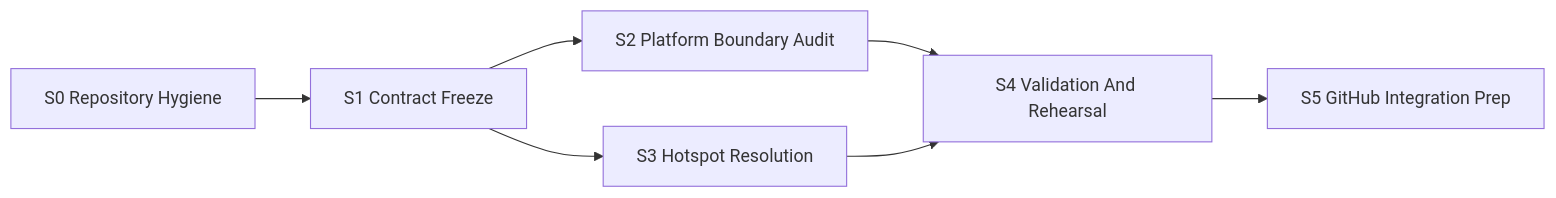
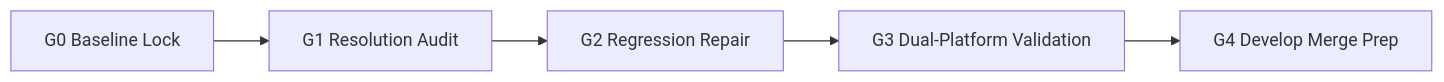
One commit to HiderWild/exv-ecnuvpn changed the diagram in docs/superpowers/plans/2026-05-21-platform-convergence-next-stage.md. Above: the diagram before and after it, drawn with Mermaid. The commit also changed other lines of this file and 5 other files, not shown here.

First line of the commit message:
audit: record G1 resolution audit findings and G0 baseline lock

````diff
--- a/docs/superpowers/plans/2026-05-21-platform-convergence-next-stage.md
+++ b/docs/superpowers/plans/2026-05-21-platform-convergence-next-stage.md
@@ -51,9 +52,7 @@
 ```mermaid
 flowchart LR
-  S0["S0 Repository Hygiene"] --> S1["S1 Contract Freeze"]
-  S1 --> S2["S2 Platform Boundary Audit"]
-  S1 --> S3["S3 Hotspot Resolution"]
-  S2 --> S4["S4 Validation And Rehearsal"]
-  S3 --> S4
-  S4 --> S5["S5 GitHub Integration Prep"]
+  G0["G0 Baseline Lock"] --> G1["G1 Resolution Audit"]
+  G1 --> G2["G2 Regression Repair"]
+  G2 --> G3["G3 Dual-Platform Validation"]
+  G3 --> G4["G4 Develop Merge Prep"]
 ```
````
